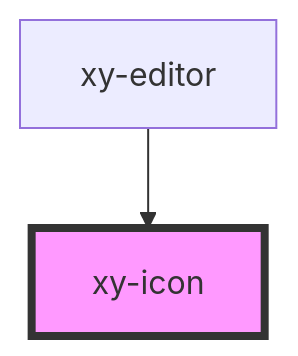
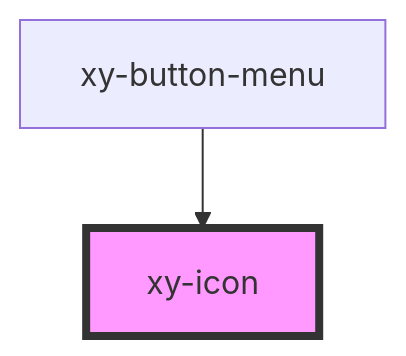
The diagram in src/components/xy-editor/components/xy-icon/readme.md (HAOUEHF/xy-editor), drawn with Mermaid before and after one commit. The commit also changed other lines of this file and 13 other files, not shown here.

````diff
--- a/src/components/xy-editor/components/xy-icon/readme.md
+++ b/src/components/xy-editor/components/xy-icon/readme.md
@@ -24,5 +24,5 @@
 ```mermaid
 graph TD;
-  xy-editor --> xy-icon
+  xy-button-menu --> xy-icon
   style xy-icon fill:#f9f,stroke:#333,stroke-width:4px
 ```
````
